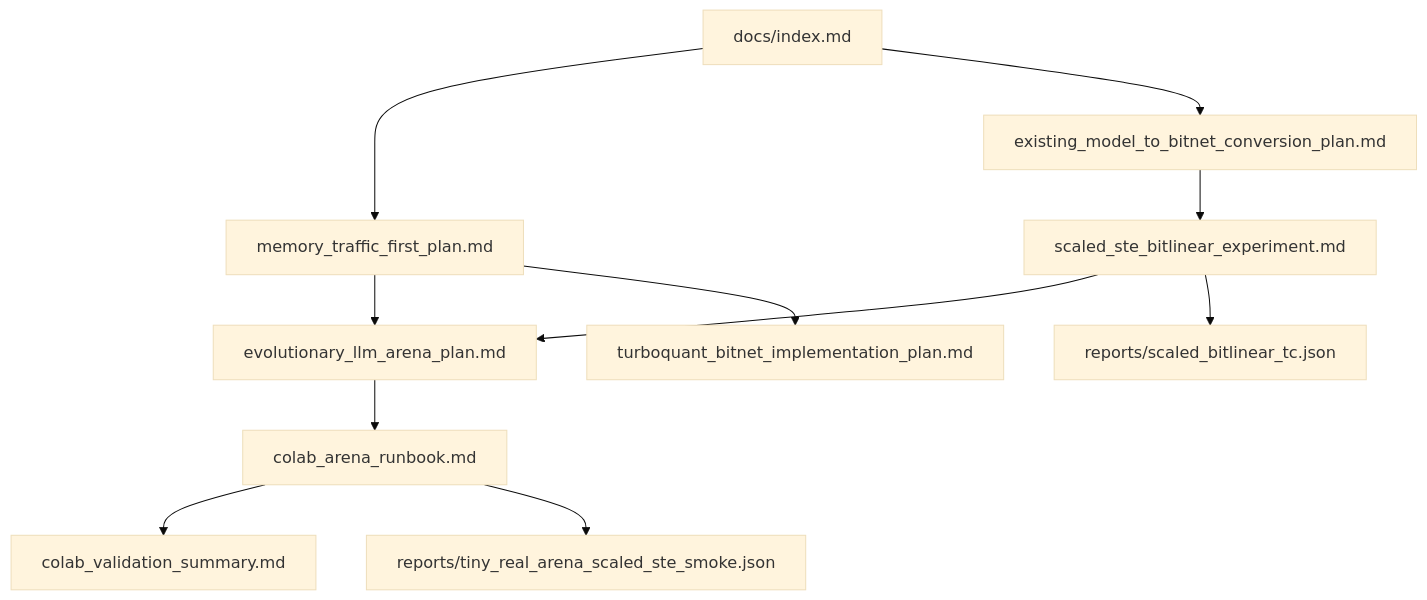
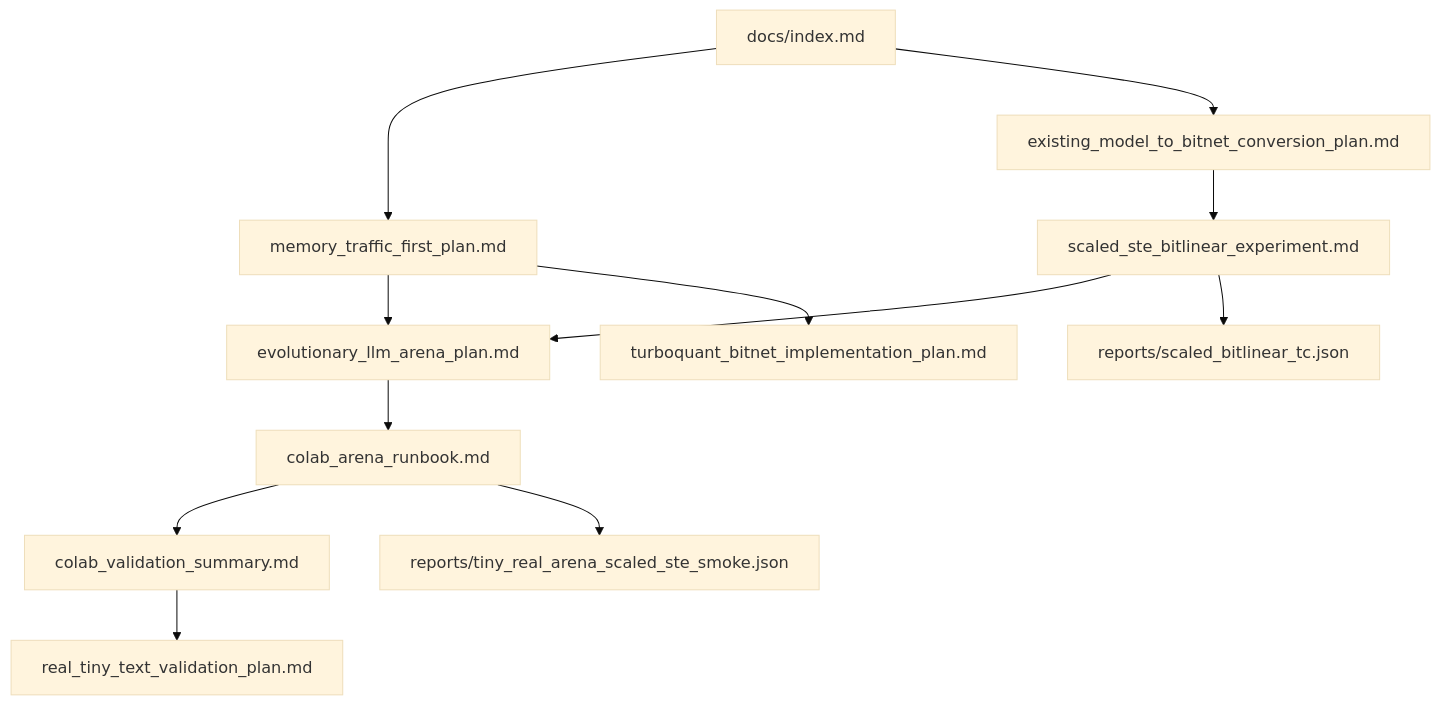
Before and after one commit to gtpk/BitNet-Transformers: the diagram in docs/index.md, drawn with Mermaid (base theme). The commit also changed other lines of this file and 6 other files, not shown here.

Commit message:
Record activation gate pass and real text plan

````diff
--- a/docs/index.md
+++ b/docs/index.md
@@ -56,13 +59,14 @@
 ```mermaid
 flowchart TD
   A["docs/index.md"] --> B["memory_traffic_first_plan.md"]
   A --> C["existing_model_to_bitnet_conversion_plan.md"]
   C --> D["scaled_ste_bitlinear_experiment.md"]
   D --> E["evolutionary_llm_arena_plan.md"]
   E --> F["colab_arena_runbook.md"]
   F --> J["colab_validation_summary.md"]
+  J --> K["real_tiny_text_validation_plan.md"]
   B --> E
   B --> G["turboquant_bitnet_implementation_plan.md"]
   F --> H["reports/tiny_real_arena_scaled_ste_smoke.json"]
   D --> I["reports/scaled_bitlinear_tc.json"]
 ```
````
